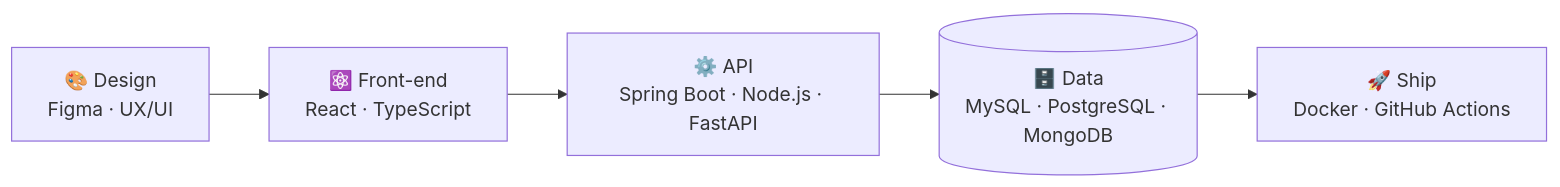
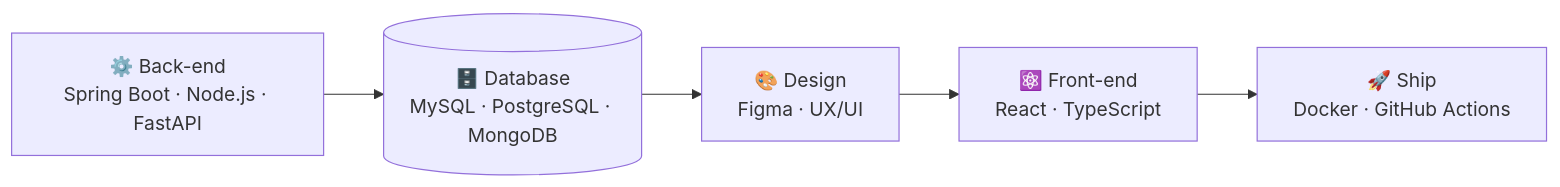
One commit to caiopa22/caiopa22 changed the first of 4 diagrams in README.md. Above: the diagram before and after it, drawn with Mermaid.

````diff
--- a/README.md
+++ b/README.md
@@ -26,7 +26,7 @@
 ```mermaid
 flowchart LR
-    A["🎨 Design<br/>Figma · UX/UI"] --> B["⚛️ Front-end<br/>React · TypeScript"]
-    B --> C["⚙️ API<br/>Spring Boot · Node.js · FastAPI"]
-    C --> D[("🗄️ Data<br/>MySQL · PostgreSQL · MongoDB")]
+    A["⚙️ Back-end<br/>Spring Boot · Node.js · FastAPI"] --> B[("🗄️ Database<br/>MySQL · PostgreSQL · MongoDB")]
+    B --> C["🎨 Design<br/>Figma · UX/UI"]
+    C --> D["⚛️ Front-end<br/>React · TypeScript"]
     D --> E["🚀 Ship<br/>Docker · GitHub Actions"]
 ```
````
